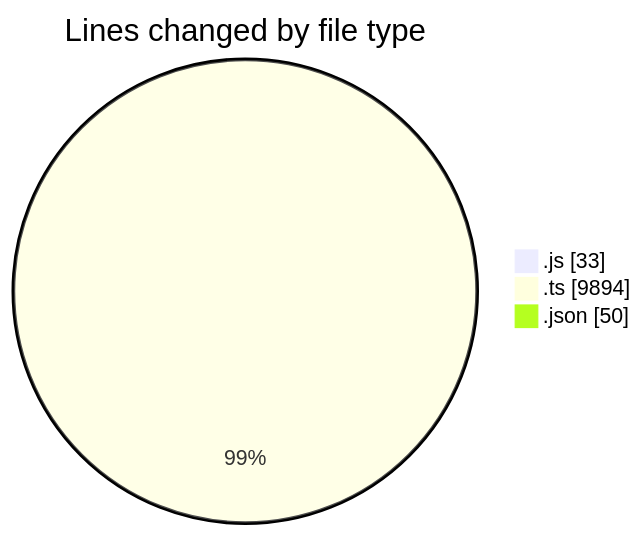
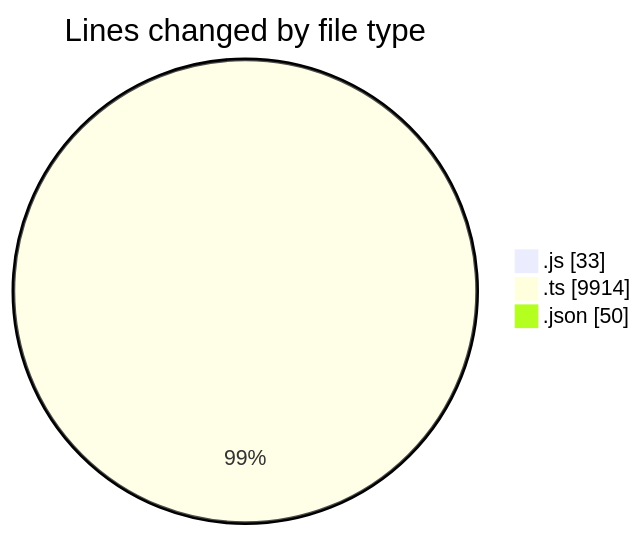
Before and after one commit to momahboobian/code-tracking: the first of 2 diagrams in 2025-09-08/cda/README.md, drawn with Mermaid. The commit also changed other lines of this file and 1 other file, not shown here.

````diff
--- a/2025-09-08/cda/README.md
+++ b/2025-09-08/cda/README.md
@@ -25,7 +25,7 @@
 ```mermaid
 pie showData
 title Lines changed by file type
 ".js" : 33
-".ts" : 9894
+".ts" : 9914
 ".json" : 50
 ```
````
